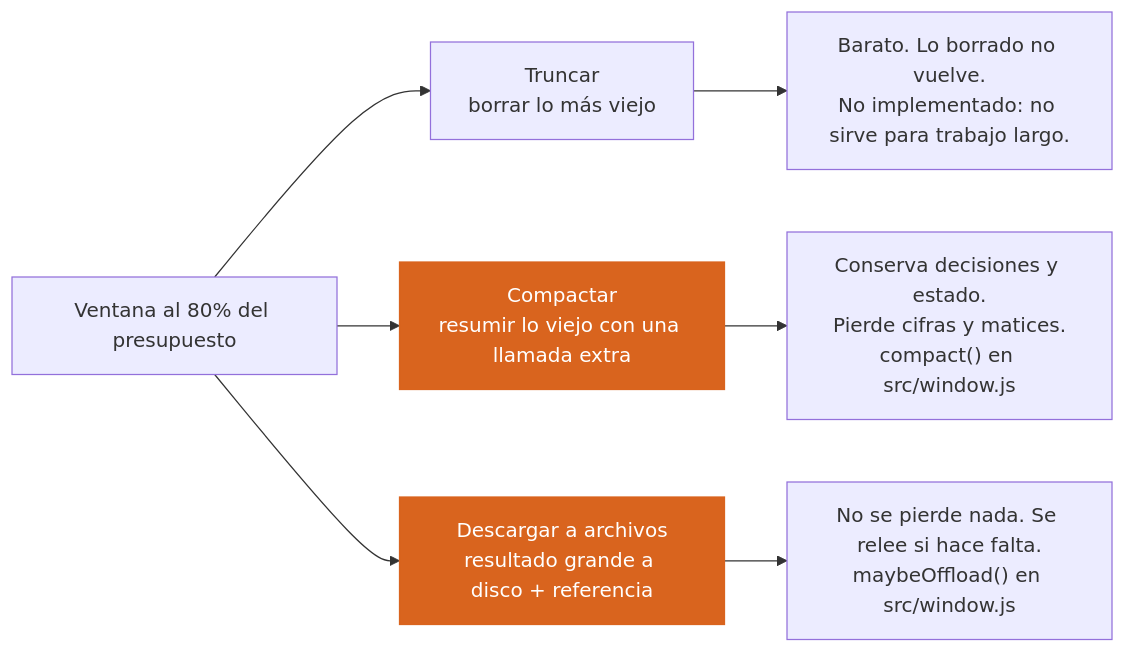
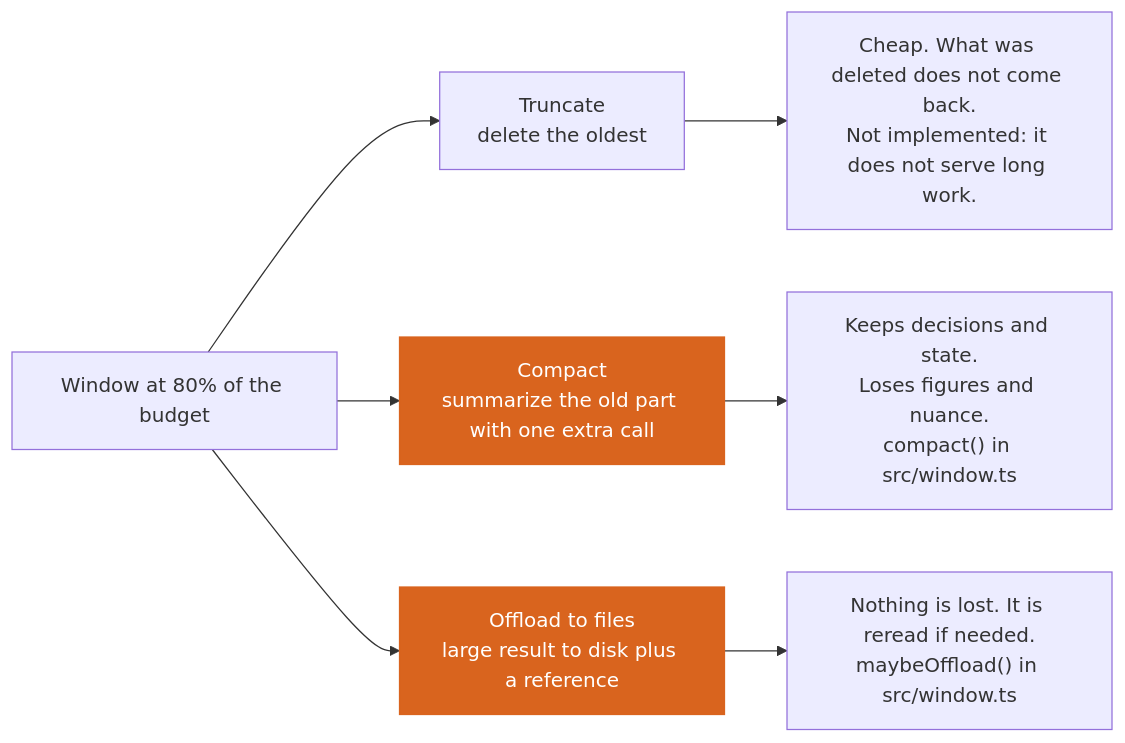
The eighth of 15 diagrams in README.md (ada-school/ada-harness), drawn with Mermaid before and after one commit. The commit also changed other lines of this file and 95 other files, not shown here.

````diff
--- a/README.md
+++ b/README.md
@@ -395,11 +415,11 @@
 ```mermaid
 flowchart LR
-    FULL["Ventana al 80% del presupuesto"] --> T1
+    FULL["Window at 80% of the budget"] --> T1
     FULL --> T2
     FULL --> T3
-    T1["Truncar<br/>borrar lo más viejo"] --> R1["Barato. Lo borrado no vuelve.<br/>No implementado: no sirve para trabajo largo."]
-    T2["Compactar<br/>resumir lo viejo con una llamada extra"] --> R2["Conserva decisiones y estado.<br/>Pierde cifras y matices.<br/>compact() en src/window.js"]
-    T3["Descargar a archivos<br/>resultado grande a disco + referencia"] --> R3["No se pierde nada. Se relee si hace falta.<br/>maybeOffload() en src/window.js"]
+    T1["Truncate<br/>delete the oldest"] --> R1["Cheap. What was deleted does not come back.<br/>Not implemented: it does not serve long work."]
+    T2["Compact<br/>summarize the old part with one extra call"] --> R2["Keeps decisions and state.<br/>Loses figures and nuance.<br/>compact() in src/window.ts"]
+    T3["Offload to files<br/>large result to disk plus a reference"] --> R3["Nothing is lost. It is reread if needed.<br/>maybeOffload() in src/window.ts"]
     style T2 fill:#d9641e,color:#fff,stroke:#d9641e
     style T3 fill:#d9641e,color:#fff,stroke:#d9641e
 ```
````
